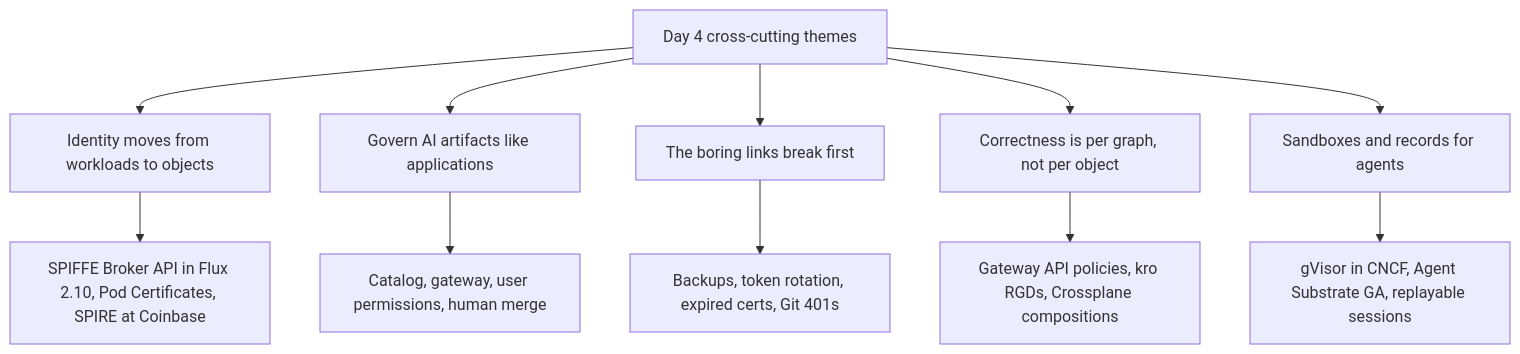
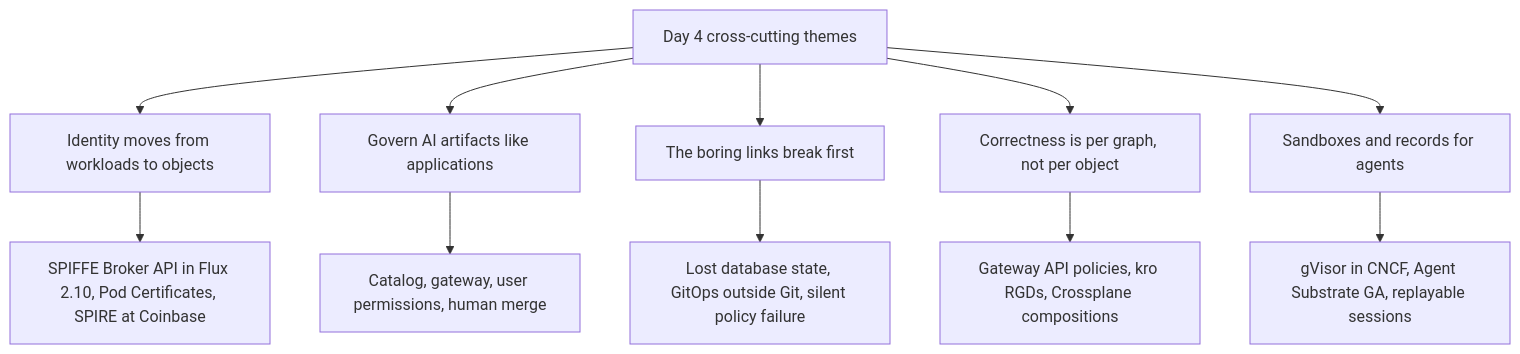
The first of 5 diagrams in day4/README.md (liskl/kubecon-na-2026-notes), drawn with Mermaid before and after one commit. The commit also changed other lines of this file and 3 other files, not shown here.

````diff
--- a/day4/README.md
+++ b/day4/README.md
@@ -17,14 +17,14 @@
 ```mermaid
 flowchart TB
   T["Day 4 cross-cutting themes"]
   T --> I["Identity moves from workloads to objects"]
   T --> G["Govern AI artifacts like applications"]
   T --> R["The boring links break first"]
   T --> P["Correctness is per graph, not per object"]
   T --> S["Sandboxes and records for agents"]
   I --> I1["SPIFFE Broker API in Flux 2.10, Pod Certificates, SPIRE at Coinbase"]
   G --> G1["Catalog, gateway, user permissions, human merge"]
-  R --> R1["Backups, token rotation, expired certs, Git 401s"]
+  R --> R1["Lost database state, GitOps outside Git, silent policy failure"]
   P --> P1["Gateway API policies, kro RGDs, Crossplane compositions"]
   S --> S1["gVisor in CNCF, Agent Substrate GA, replayable sessions"]
 ```
````
